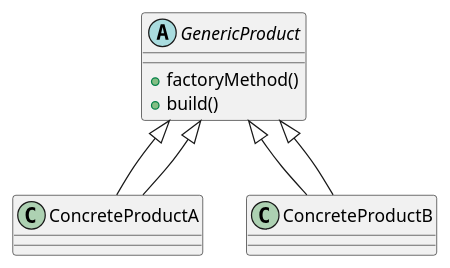
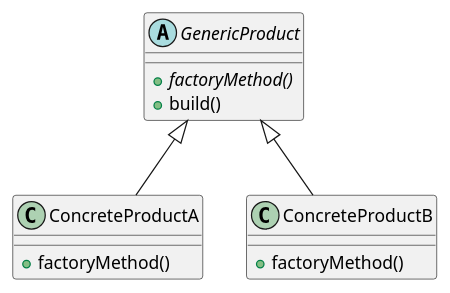
The diagram in src/main/java/com/penapereira/example/constructs/factorymethod/README.md (lpenap/java-patterns-and-constructs), drawn with PlantUML before and after one commit. The commit also changed other lines of this file and 18 other files, not shown here.

Commit message:
Add descriptions and class diagrams for each pattern and problem

````diff
--- a/src/main/java/com/penapereira/example/constructs/factorymethod/README.md
+++ b/src/main/java/com/penapereira/example/constructs/factorymethod/README.md
@@ -6,12 +9,14 @@
 ```plantuml
 @startuml
 abstract class GenericProduct {
-    +factoryMethod()
+    +factoryMethod() {abstract}
     +build()
 }
-class ConcreteProductA extends GenericProduct
-class ConcreteProductB extends GenericProduct
-GenericProduct <|-- ConcreteProductA
-GenericProduct <|-- ConcreteProductB
+class ConcreteProductA extends GenericProduct {
+    +factoryMethod()
+}
+class ConcreteProductB extends GenericProduct {
+    +factoryMethod()
+}
 @enduml
 ```
````
